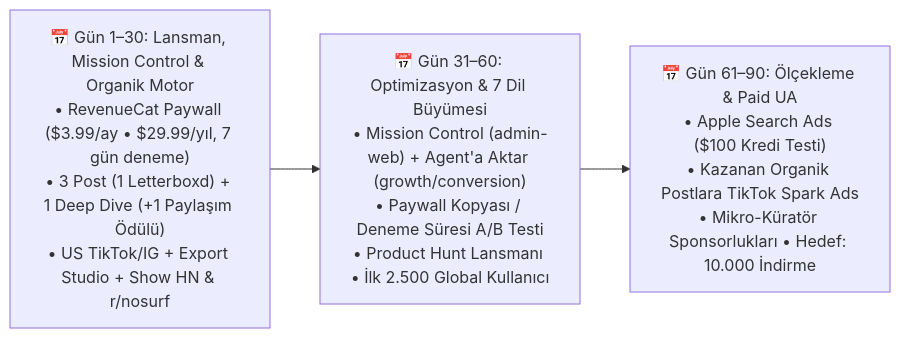
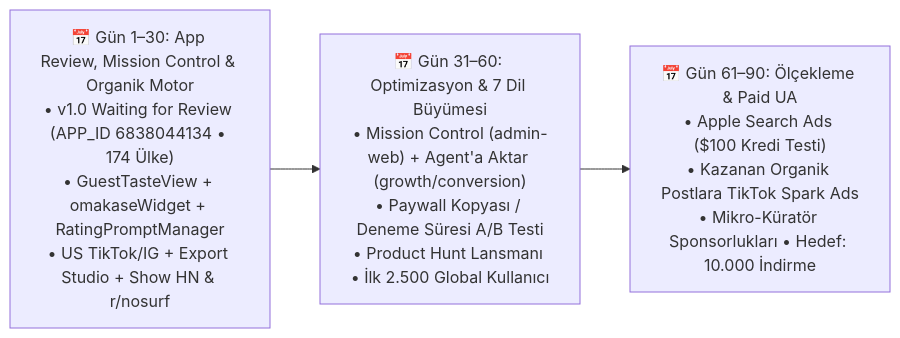
The second of 2 diagrams in docs/pazarlama_ve_dagitim_stratejisi.md (kuzeysinay/omakase), drawn with Mermaid before and after one commit. The commit also changed other lines of this file and 8 other files, not shown here.

Commit message:
docs: update reports and README for v1.0 App Review submission

````diff
--- a/docs/pazarlama_ve_dagitim_stratejisi.md
+++ b/docs/pazarlama_ve_dagitim_stratejisi.md
@@ -152,5 +152,5 @@
 ```mermaid
 flowchart LR
-    P1["📅 Gün 1–30: Lansman, Mission Control & Organik Motor<br/>• RevenueCat Paywall ($3.99/ay • $29.99/yıl, 7 gün deneme)<br/>• 3 Post (1 Letterboxd) + 1 Deep Dive (+1 Paylaşım Ödülü)<br/>• US TikTok/IG + Export Studio + Show HN & r/nosurf"] --> P2["📅 Gün 31–60: Optimizasyon & 7 Dil Büyümesi<br/>• Mission Control (admin-web) + Agent'a Aktar (growth/conversion)<br/>• Paywall Kopyası / Deneme Süresi A/B Testi<br/>• Product Hunt Lansmanı • İlk 2.500 Global Kullanıcı"]
+    P1["📅 Gün 1–30: App Review, Mission Control & Organik Motor<br/>• v1.0 Waiting for Review (APP_ID 6838044134 • 174 Ülke)<br/>• GuestTasteView + omakaseWidget + RatingPromptManager<br/>• US TikTok/IG + Export Studio + Show HN & r/nosurf"] --> P2["📅 Gün 31–60: Optimizasyon & 7 Dil Büyümesi<br/>• Mission Control (admin-web) + Agent'a Aktar (growth/conversion)<br/>• Paywall Kopyası / Deneme Süresi A/B Testi<br/>• Product Hunt Lansmanı • İlk 2.500 Global Kullanıcı"]
     P2 --> P3["📅 Gün 61–90: Ölçekleme & Paid UA<br/>• Apple Search Ads ($100 Kredi Testi)<br/>• Kazanan Organik Postlara TikTok Spark Ads<br/>• Mikro-Küratör Sponsorlukları • Hedef: 10.000 İndirme"]
 ```
````
